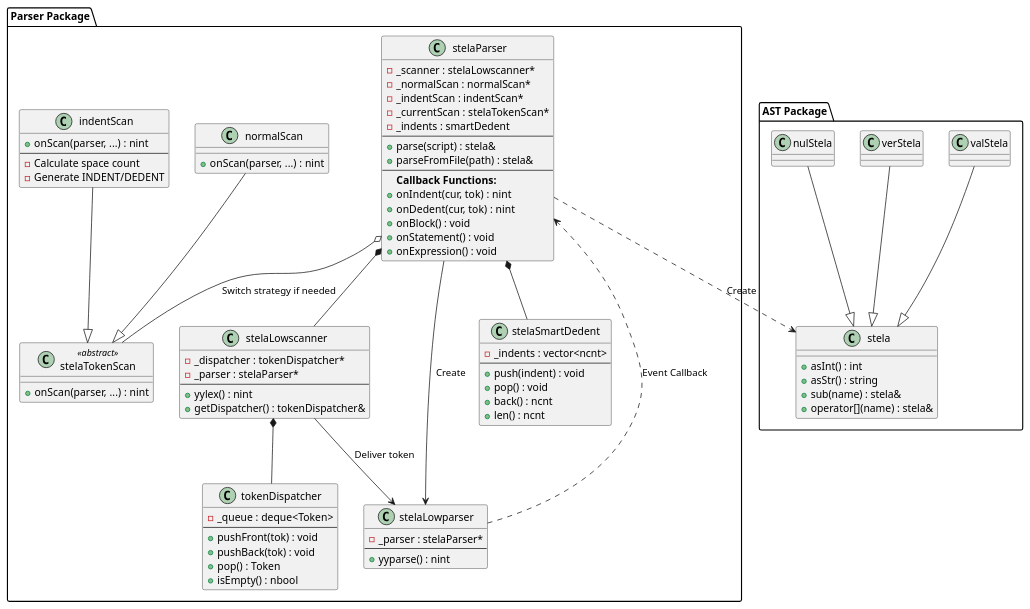
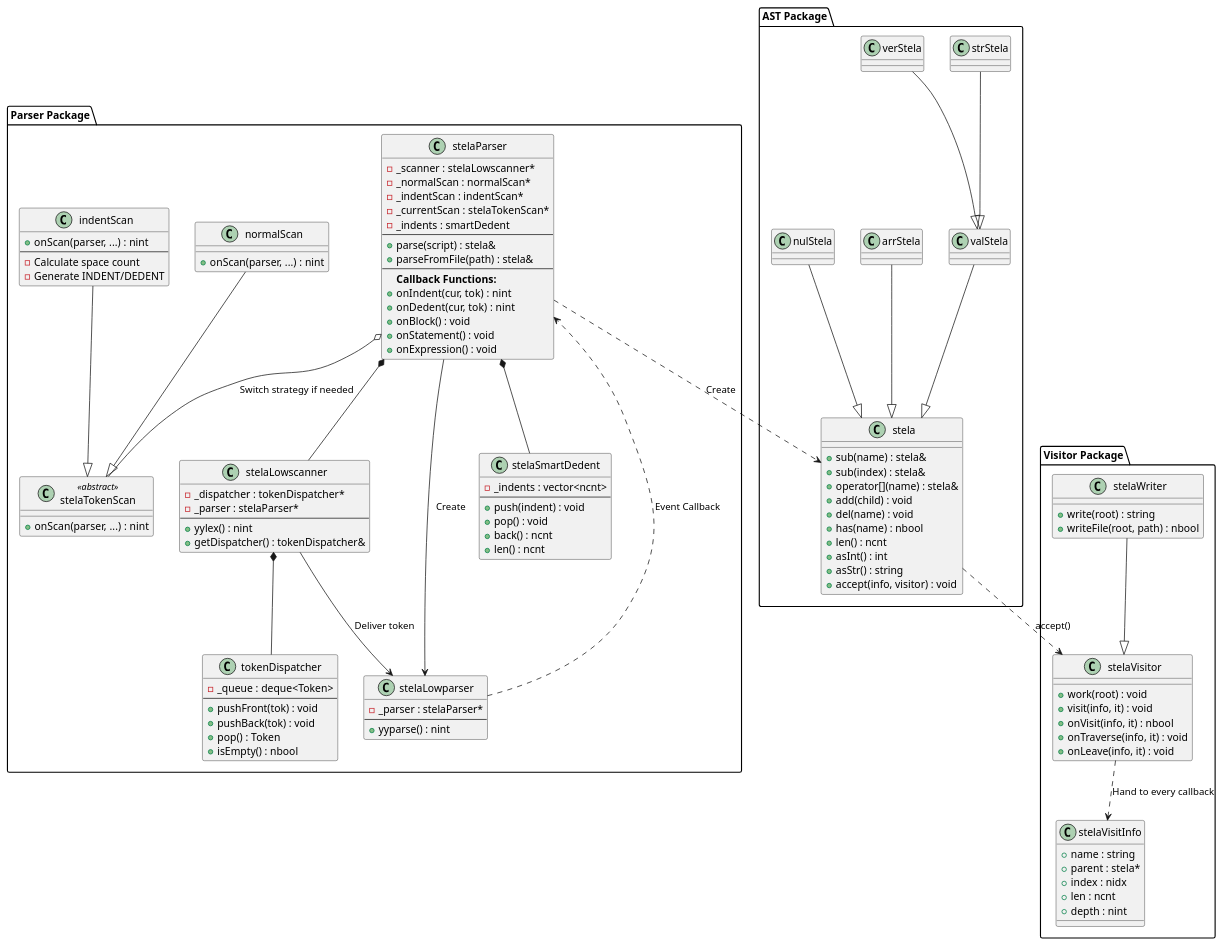
One commit to byeolang/byeol changed the first of 5 diagrams in doc/ref/ko/aj-architecture-stela.md. Above: the diagram before and after it, drawn with PlantUML. The commit also changed other lines of this file and 1 other file, not shown here.

First line of the commit message:
doc(stela): document arrays, the visitor and the writer

```diff
--- a/doc/ref/ko/aj-architecture-stela.md
+++ b/doc/ref/ko/aj-architecture-stela.md
@@ -78,16 +78,51 @@
 
 package "AST Package" {
     class "stela" as stela {
+        + sub(name) : stela&
+        + sub(index) : stela&
+        + operator[](name) : stela&
+        + add(child) : void
+        + del(name) : void
+        + has(name) : nbool
+        + len() : ncnt
         + asInt() : int
         + asStr() : string
-        + sub(name) : stela&
-        + operator[](name) : stela&
+        + accept(info, visitor) : void
     }
 
     class "valStela" as valStela
+    class "strStela" as strStela
     class "verStela" as verStela
+    class "arrStela" as arrStela
     class "nulStela" as nulStela
 }
+
+package "Visitor Package" {
+    class "stelaVisitor" as visitor {
+        + work(root) : void
+        + visit(info, it) : void
+        + onVisit(info, it) : nbool
+        + onTraverse(info, it) : void
+        + onLeave(info, it) : void
+    }
+
+    class "stelaWriter" as writer {
+        + write(root) : string
+        + writeFile(root, path) : nbool
+    }
+
+    class "stelaVisitInfo" as visitInfo {
+        + name : string
+        + parent : stela*
+        + index : nidx
+        + len : ncnt
+        + depth : nint
+    }
+}
+
+writer --|> visitor
+visitor ..> visitInfo : Hand to every callback
+stela ..> visitor : accept()
 
 stelaParser *-- scanner
 stelaParser *-- smartDedent
@@ -104,7 +139,9 @@
 stelaParser ..> stela : Create
 
 valStela --|> stela
-verStela --|> stela
+arrStela --|> stela
 nulStela --|> stela
+strStela --|> valStela
+verStela --|> valStela
 
 @enduml
```
